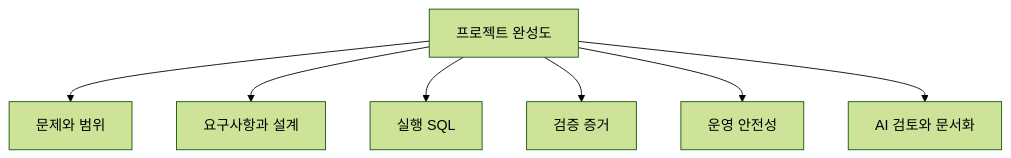
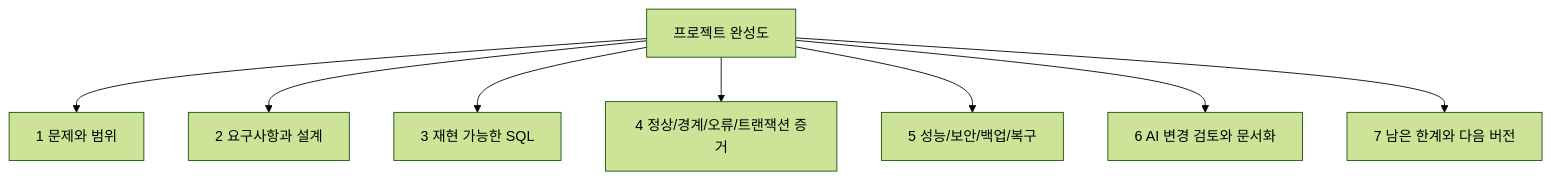
One commit to GilbertMoon/ai-database-book changed the diagram in images/chapter15/ch15_06_completion_dimensions.mmd. Above: the diagram before and after it, drawn with Mermaid (forest theme). The commit also changed 16 other files, not shown here.

Commit message:
Improve Chapter 15 project flow diagrams

```diff
--- a/images/chapter15/ch15_06_completion_dimensions.mmd
+++ b/images/chapter15/ch15_06_completion_dimensions.mmd
@@ -1,7 +1,8 @@
 flowchart TB
-A[프로젝트 완성도] --> B[문제와 범위]
-A --> C[요구사항과 설계]
-A --> D[실행 SQL]
-A --> E[검증 증거]
-A --> F[운영 안전성]
-A --> G[AI 검토와 문서화]
+A[프로젝트 완성도] --> B[1 문제와 범위]
+A --> C[2 요구사항과 설계]
+A --> D[3 재현 가능한 SQL]
+A --> E[4 정상/경계/오류/트랜잭션 증거]
+A --> F[5 성능/보안/백업/복구]
+A --> G[6 AI 변경 검토와 문서화]
+A --> H[7 남은 한계와 다음 버전]
```
